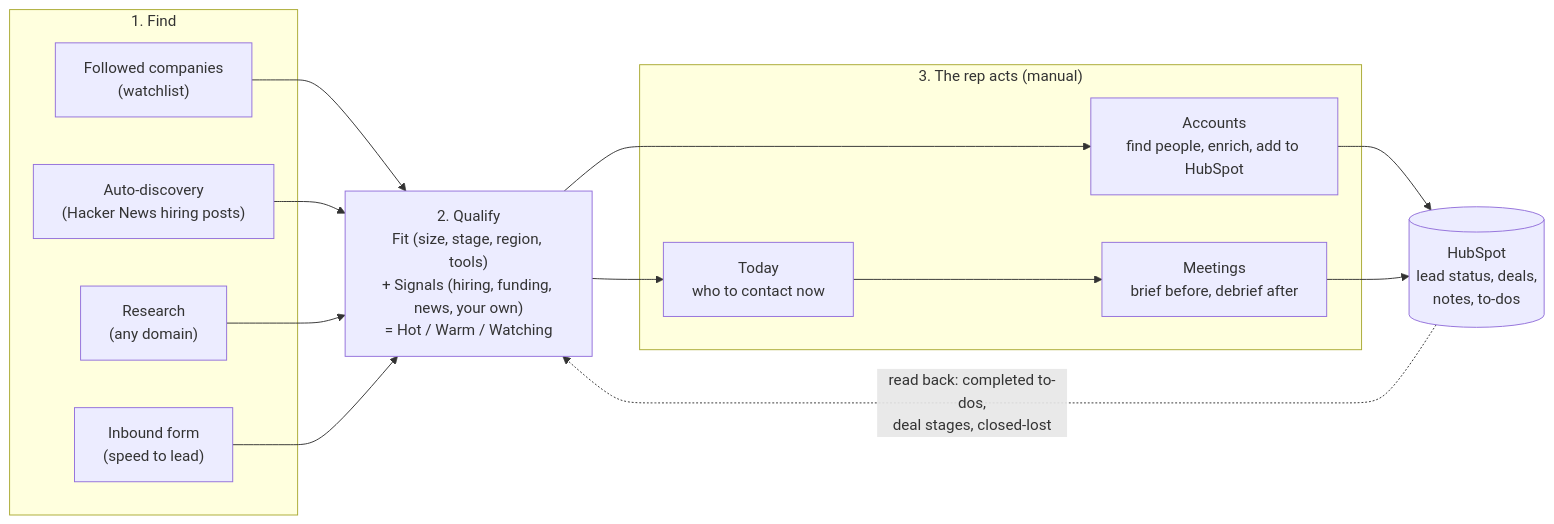
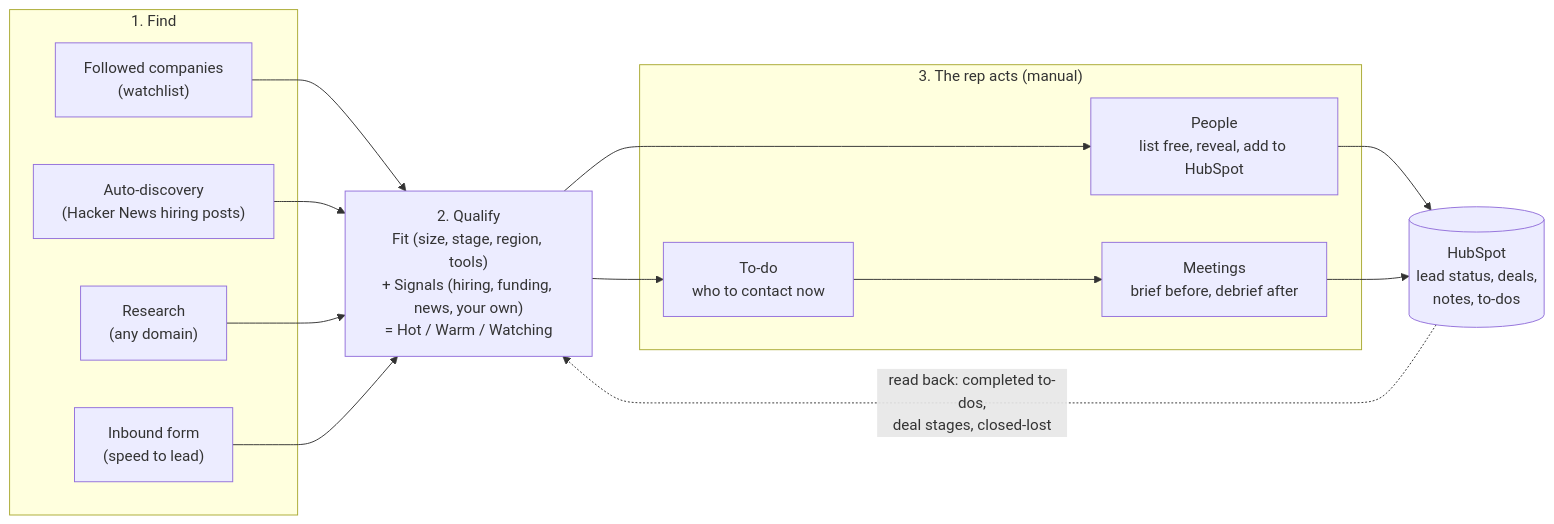
One commit to rudrat04/gtm-copilot changed the diagram in README.md. Above: the diagram before and after it, drawn with Mermaid. The commit also changed other lines of this file and 1 other file, not shown here.

````diff
--- a/README.md
+++ b/README.md
@@ -19,26 +19,26 @@
 ```mermaid
 flowchart LR
   subgraph FIND["1. Find"]
     W["Followed companies<br/>(watchlist)"]
     D["Auto-discovery<br/>(Hacker News hiring posts)"]
     R["Research<br/>(any domain)"]
     I["Inbound form<br/>(speed to lead)"]
   end
   Q["2. Qualify<br/>Fit (size, stage, region, tools)<br/>+ Signals (hiring, funding, news, your own)<br/>= Hot / Warm / Watching"]
   subgraph ACT["3. The rep acts (manual)"]
-    T["Today<br/>who to contact now"]
-    A["Accounts<br/>find people, enrich, add to HubSpot"]
+    T["To-do<br/>who to contact now"]
+    A["People<br/>list free, reveal, add to HubSpot"]
     M["Meetings<br/>brief before, debrief after"]
   end
   H[("HubSpot<br/>lead status, deals,<br/>notes, to-dos")]
   W --> Q
   D --> Q
   R --> Q
   I --> Q
   Q --> T
   Q --> A
   T --> M
   A --> H
   M --> H
   H -. "read back: completed to-dos,<br/>deal stages, closed-lost" .-> Q
 ```
````
